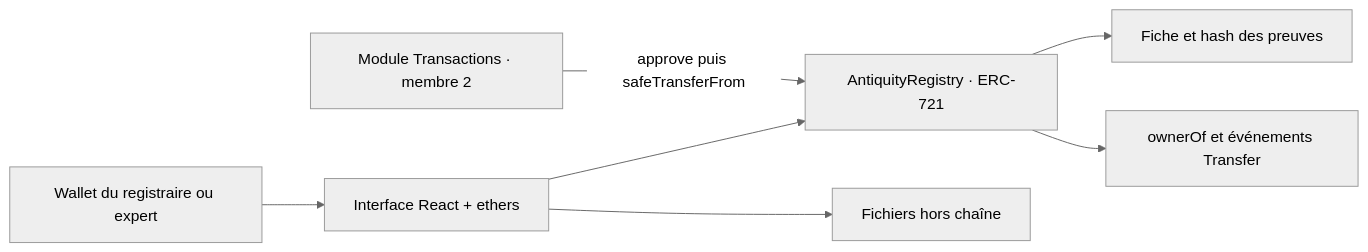
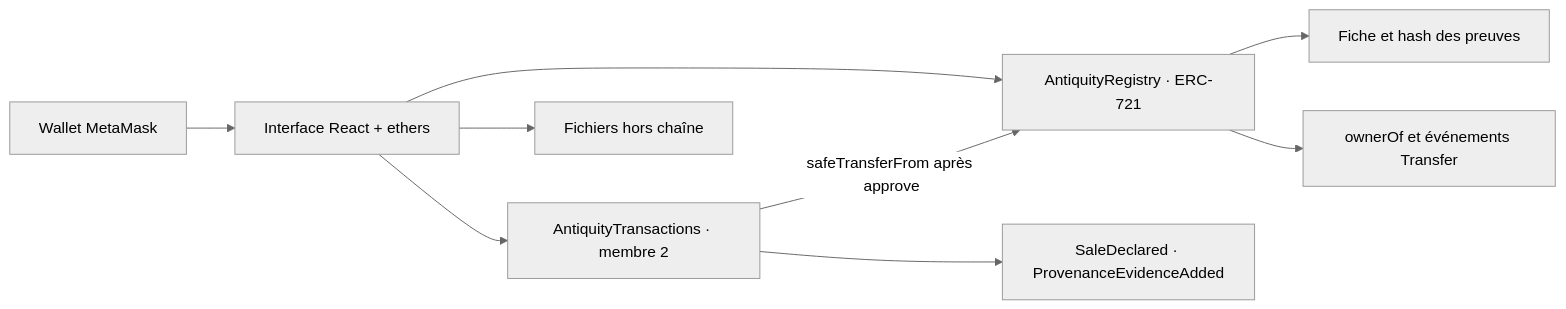
One commit to ayoubenet/AntiquityChain changed the first of 3 diagrams in docs/architecture.md. Above: the diagram before and after it, drawn with Mermaid (neutral theme). The commit also changed other lines of this file and 4 other files, not shown here.

Commit message:
Document the Transactions module, local deployment and shared architecture

````diff
--- a/docs/architecture.md
+++ b/docs/architecture.md
@@ -3,9 +3,11 @@
 ```mermaid
 flowchart LR
-  Wallet[Wallet du registraire ou expert] --> Web[Interface React + ethers]
+  Wallet[Wallet MetaMask] --> Web[Interface React + ethers]
   Web --> Registry[AntiquityRegistry · ERC-721]
+  Web --> Transactions[AntiquityTransactions · membre 2]
   Web --> Files[Fichiers hors chaîne]
   Registry --> Dossier[Fiche et hash des preuves]
   Registry --> Ownership[ownerOf et événements Transfer]
-  Transactions[Module Transactions · membre 2] -->|approve puis safeTransferFrom| Registry
+  Transactions -->|safeTransferFrom après approve| Registry
+  Transactions --> Declarations[SaleDeclared · ProvenanceEvidenceAdded]
 ```
````
